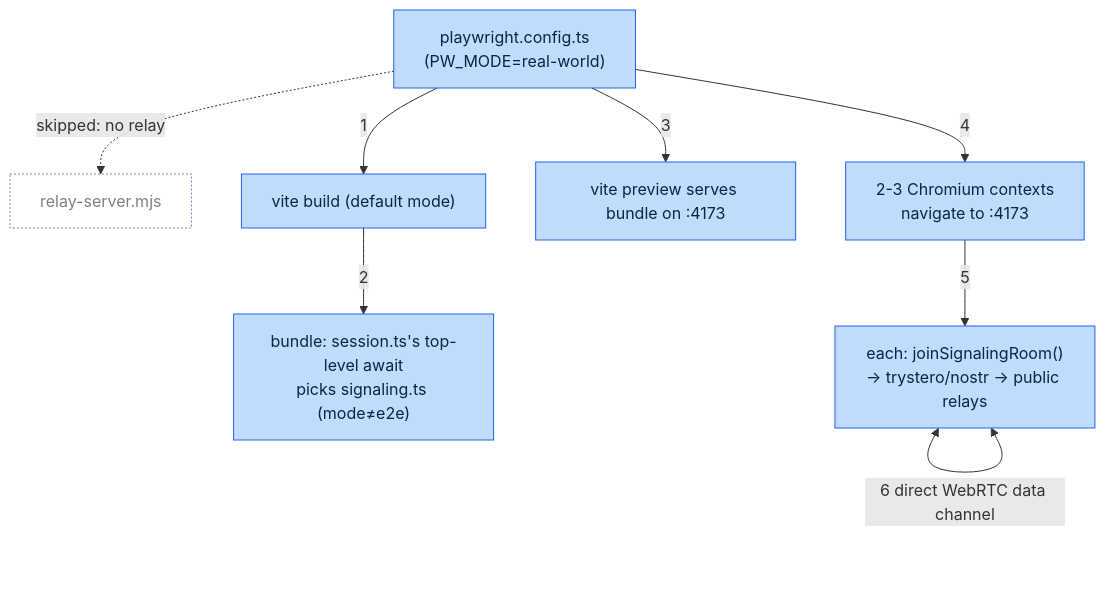
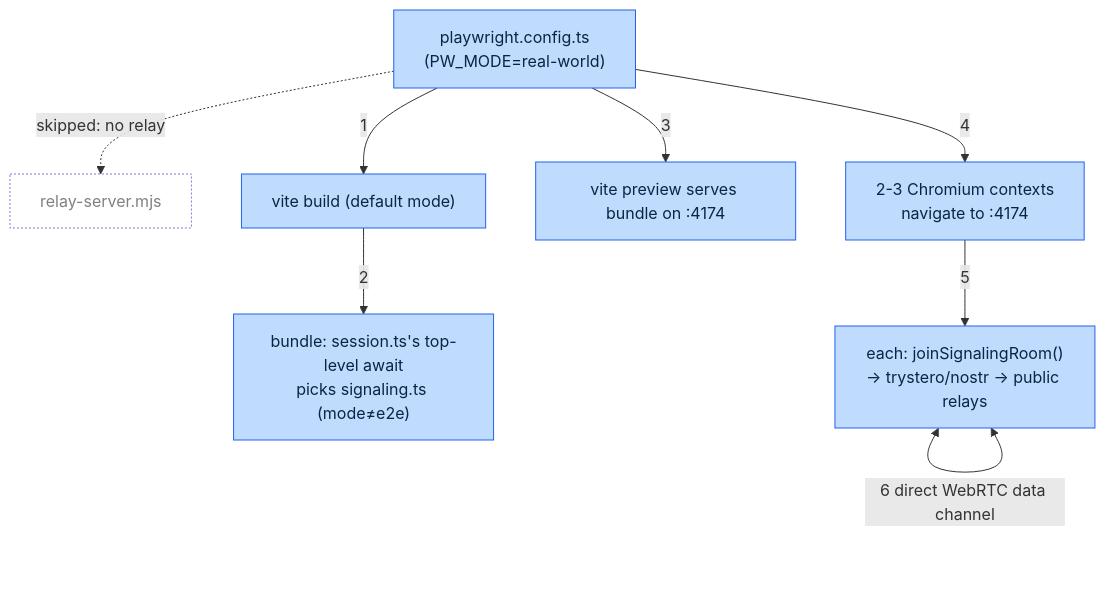
The third of 3 diagrams in docs/concepts/e2e-testing.md (cfisch3r/estimate), drawn with Mermaid before and after one commit. The commit also changed other lines of this file and 15 other files, not shown here.

````diff
--- a/docs/concepts/e2e-testing.md
+++ b/docs/concepts/e2e-testing.md
@@ -101,15 +101,15 @@
 ```mermaid
 flowchart TD
   A["playwright.config.ts<br/>(PW_MODE=real-world)"] -.->|"skipped: no relay"| B["relay-server.mjs"]
   A -->|1| C["vite build (default mode)"]
   C -->|2| D["bundle: session.ts's top-level await<br/>picks signaling.ts (mode≠e2e)"]
-  A -->|3| E["vite preview serves bundle on :4173"]
-  A -->|4| F["2-3 Chromium contexts<br/>navigate to :4173"]
+  A -->|3| E["vite preview serves bundle on :4174"]
+  A -->|4| F["2-3 Chromium contexts<br/>navigate to :4174"]
   F -->|5| G["each: joinSignalingRoom()<br/>→ trystero/nostr → public relays"]
   G <-->|"6 direct WebRTC data channel"| G
 
   classDef step fill:#BFDBFE,stroke:#2563EB,color:#0B2545
   classDef skipped fill:transparent,stroke-dasharray:2 2,color:gray
   class A,C,D,E,F,G step
   class B skipped
 ```
````
